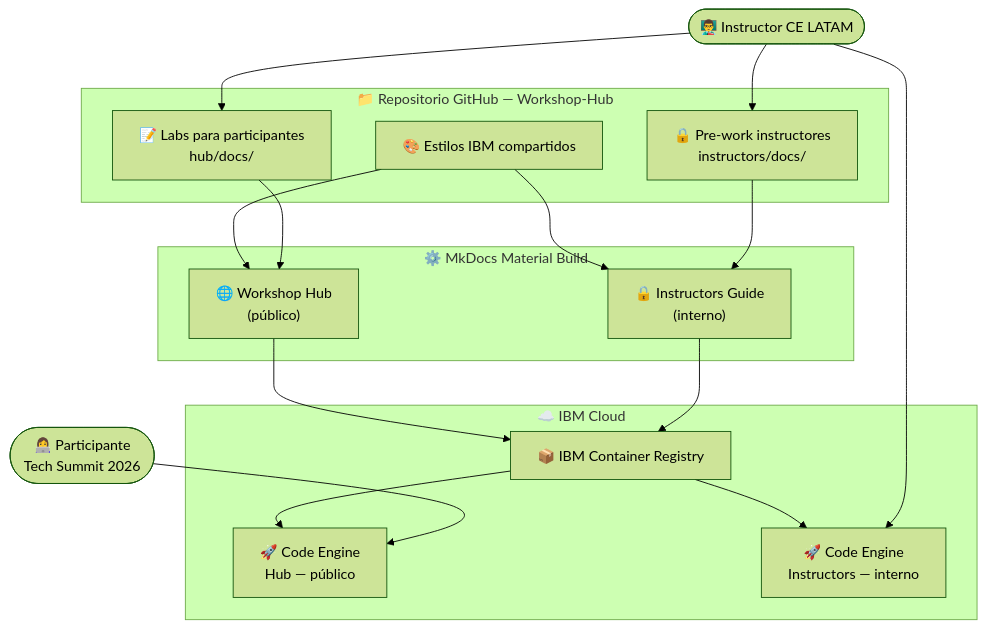
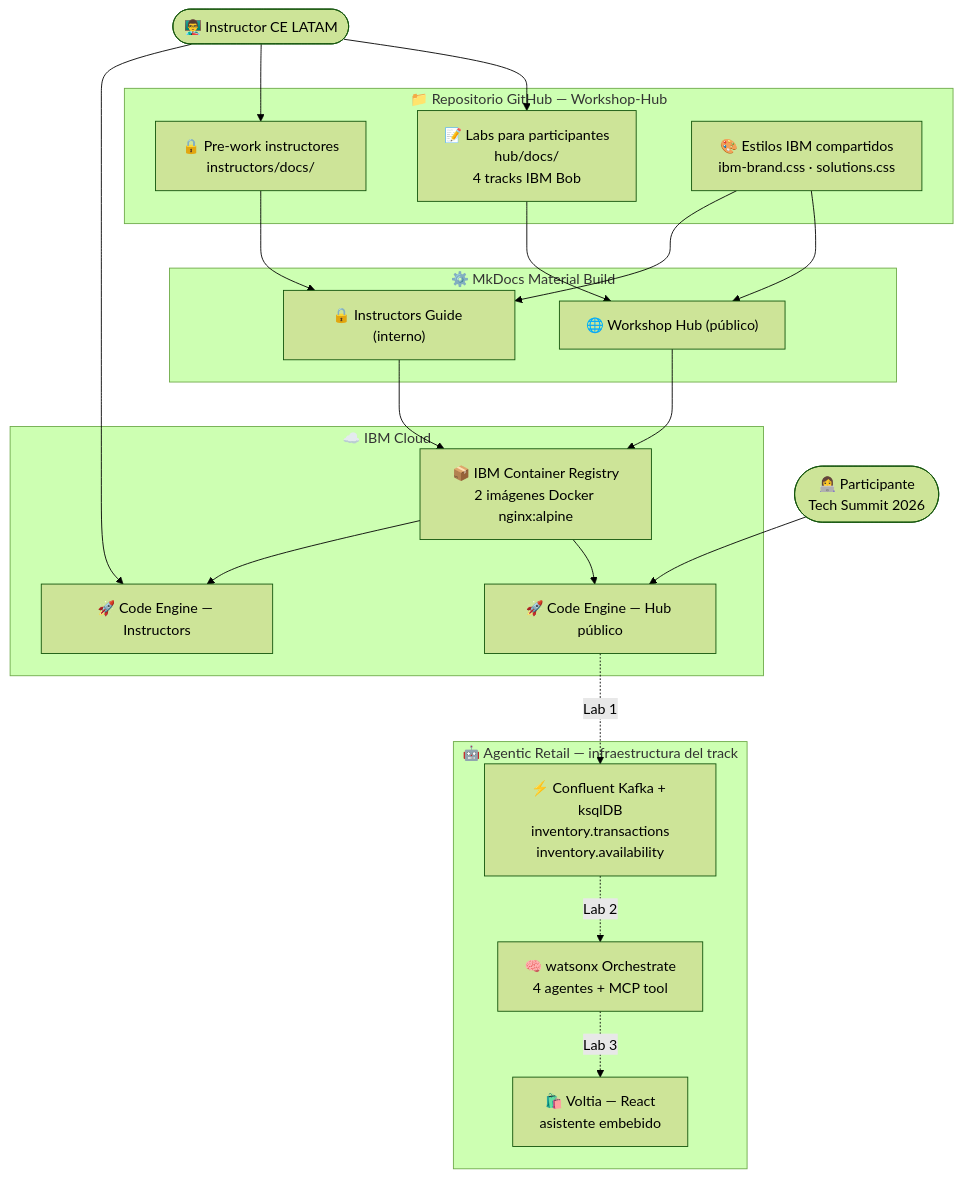
The diagram in docs/workshops/tech-summit-labs-2026/index.md (ignacio-ibm00/ibm-ce-latam), drawn with Mermaid (forest theme) before and after one commit. The commit also changed other lines of this file, not shown here.

Commit message:
docs(tech-summit): profundiza arquitectura real — 4 tracks Bob con labs detallados, tabs por track, infra real

````diff
--- a/docs/workshops/tech-summit-labs-2026/index.md
+++ b/docs/workshops/tech-summit-labs-2026/index.md
@@ -54,32 +98,39 @@
 ```mermaid
 flowchart TD
     INSTRUCTOR([👨‍🏫 Instructor CE LATAM])
     PARTICIPANT([👩‍💻 Participante\nTech Summit 2026])
 
     subgraph REPO ["📁 Repositorio GitHub — Workshop-Hub"]
-        HUB_CONTENT["📝 Labs para participantes\nhub/docs/"]
+        HUB_CONTENT["📝 Labs para participantes\nhub/docs/\n4 tracks IBM Bob"]
         INST_CONTENT["🔒 Pre-work instructores\ninstructors/docs/"]
-        SHARED["🎨 Estilos IBM compartidos"]
+        SHARED["🎨 Estilos IBM compartidos\nibm-brand.css · solutions.css"]
     end
 
     subgraph BUILD ["⚙️ MkDocs Material Build"]
-        HUB_BUILD["🌐 Workshop Hub\n(público)"]
-        INST_BUILD["🔒 Instructors Guide\n(interno)"]
+        HUB_BUILD["🌐 Workshop Hub (público)"]
+        INST_BUILD["🔒 Instructors Guide (interno)"]
     end
 
     subgraph IBM_CLOUD ["☁️ IBM Cloud"]
-        ICR["📦 IBM Container Registry"]
-        HUB_APP["🚀 Code Engine\nHub — público"]
-        INST_APP["🚀 Code Engine\nInstructors — interno"]
+        ICR["📦 IBM Container Registry\n2 imágenes Docker nginx:alpine"]
+        HUB_APP["🚀 Code Engine — Hub público"]
+        INST_APP["🚀 Code Engine — Instructors"]
     end
 
-    INSTRUCTOR --> INST_CONTENT
-    INSTRUCTOR --> HUB_CONTENT
+    subgraph AGENTIC ["🤖 Agentic Retail — infraestructura del track"]
+        KAFKA["⚡ Confluent Kafka + ksqlDB\ninventory.transactions\ninventory.availability"]
+        WXO["🧠 watsonx Orchestrate\n4 agentes + MCP tool"]
+        VOLTIA["🛍️ Voltia — React\nasistente embebido"]
+    end
+
+    INSTRUCTOR --> HUB_CONTENT & INST_CONTENT
     SHARED --> HUB_BUILD & INST_BUILD
     HUB_CONTENT --> HUB_BUILD
     INST_CONTENT --> INST_BUILD
-    HUB_BUILD & INST_BUILD --> ICR
-    ICR --> HUB_APP & INST_APP
+    HUB_BUILD & INST_BUILD --> ICR --> HUB_APP & INST_APP
     PARTICIPANT --> HUB_APP
     INSTRUCTOR --> INST_APP
+    HUB_APP -.->|"Lab 1"| KAFKA
+    KAFKA -.->|"Lab 2"| WXO
+    WXO -.->|"Lab 3"| VOLTIA
 ```
````
